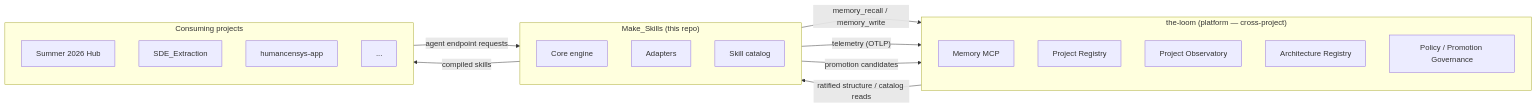
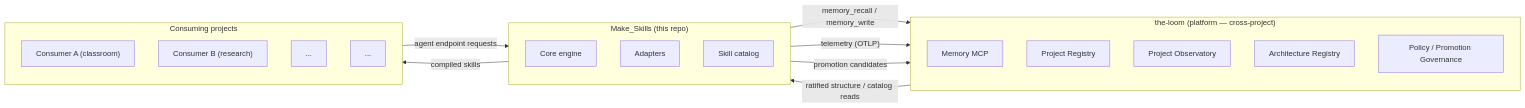
Before and after one commit to Lizo-RoadTown/Make_Skills: the second of 3 diagrams in README.md, drawn with Mermaid. The commit also changed other lines of this file and 55 other files, not shown here.

````diff
--- a/README.md
+++ b/README.md
@@ -56,33 +56,33 @@
 ```mermaid
 flowchart LR
     subgraph LOOM["the-loom (platform — cross-project)"]
         direction TB
         L1[Memory MCP]
         L2[Project Registry]
         L3[Project Observatory]
         L4[Architecture Registry]
         L5[Policy / Promotion Governance]
     end
 
     subgraph MS["Make_Skills (this repo)"]
         direction TB
         M1[Core engine]
         M2[Adapters]
         M3[Skill catalog]
     end
 
     subgraph CONS["Consuming projects"]
         direction TB
-        P1[Summer 2026 Hub]
-        P2[SDE_Extraction]
-        P3[humancensys-app]
+        P1["Consumer A (classroom)"]
+        P2["Consumer B (research)"]
+        P3["..."]
         P4["..."]
     end
 
     CONS -- "agent endpoint requests" --> MS
     MS -- "memory_recall / memory_write" --> LOOM
     MS -- "telemetry (OTLP)" --> LOOM
     MS -- "promotion candidates" --> LOOM
     LOOM -- "ratified structure / catalog reads" --> MS
     MS -- "compiled skills" --> CONS
 ```
````
